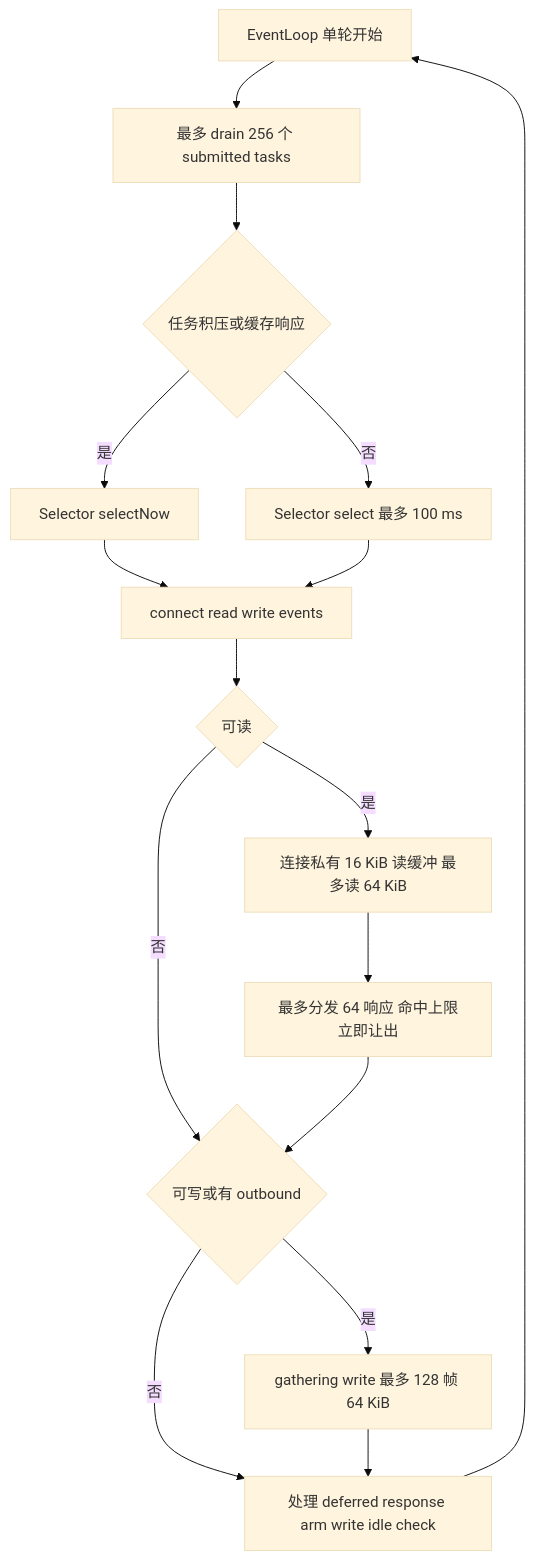
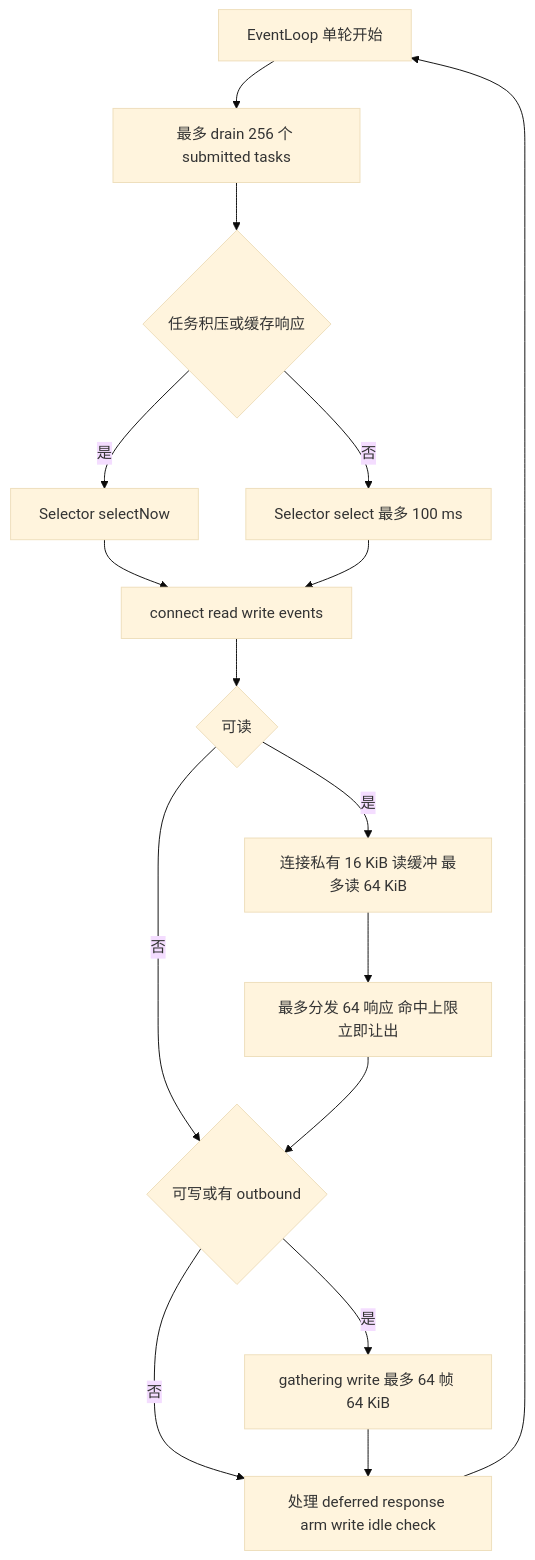
One commit to susongyan/boba-straw changed the fourth of 5 diagrams in docs/architecture/network-model.md. Above: the diagram before and after it, drawn with Mermaid (base theme). The commit also changed other lines of this file and 3 other files, not shown here.

Commit message:
perf: evaluate 64-frame gathering write candidate

````diff
--- a/docs/architecture/network-model.md
+++ b/docs/architecture/network-model.md
@@ -198,18 +200,18 @@
 ```mermaid
 graph TD
     Begin[EventLoop 单轮开始] --> Tasks[最多 drain 256 个 submitted tasks]
     Tasks --> Ready{任务积压或缓存响应}
     Ready -->|是| Poll[Selector selectNow]
     Ready -->|否| Wait[Selector select 最多 100 ms]
     Poll --> Events[connect read write events]
     Wait --> Events
     Events --> Read{可读}
     Read -->|是| Decode[连接私有 16 KiB 读缓冲 最多读 64 KiB]
     Decode --> Dispatch[最多分发 64 响应 命中上限立即让出]
     Read -->|否| Write
     Dispatch --> Write{可写或有 outbound}
-    Write -->|是| Flush[gathering write 最多 128 帧 64 KiB]
+    Write -->|是| Flush[gathering write 最多 64 帧 64 KiB]
     Write -->|否| Tick
     Flush --> Tick[处理 deferred response arm write idle check]
     Tick --> Begin
 ```
````
